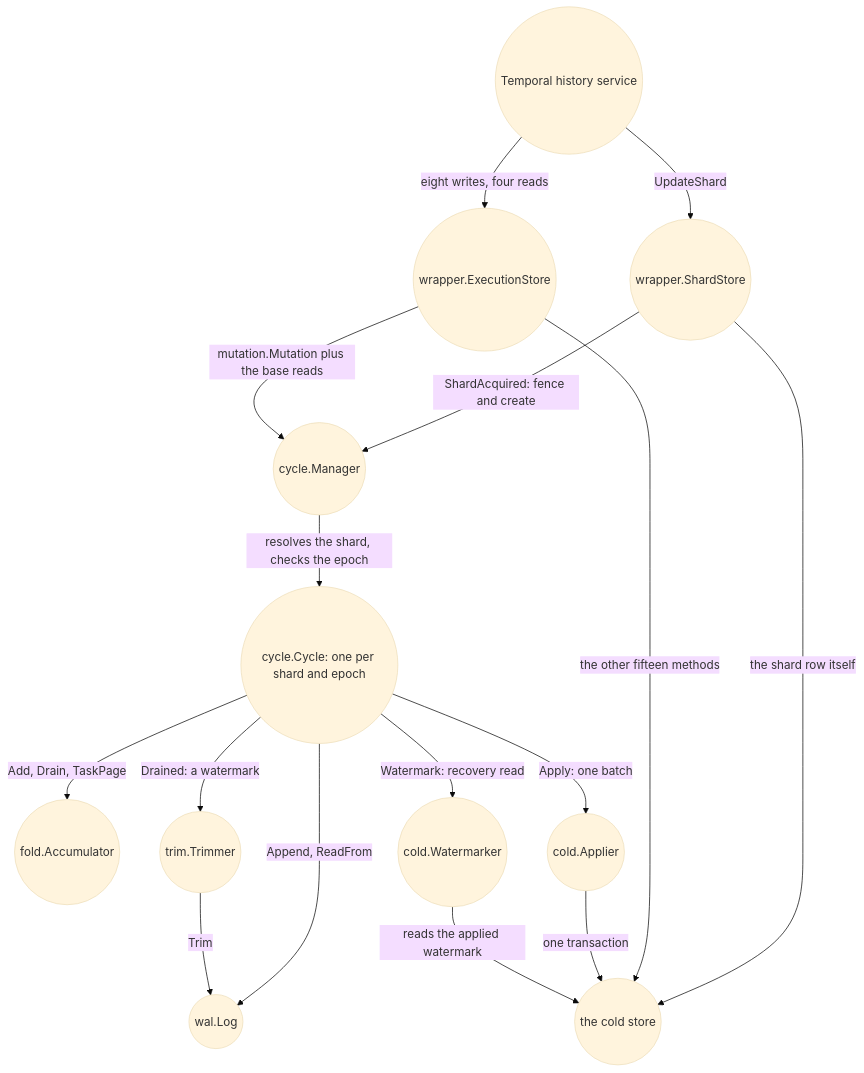
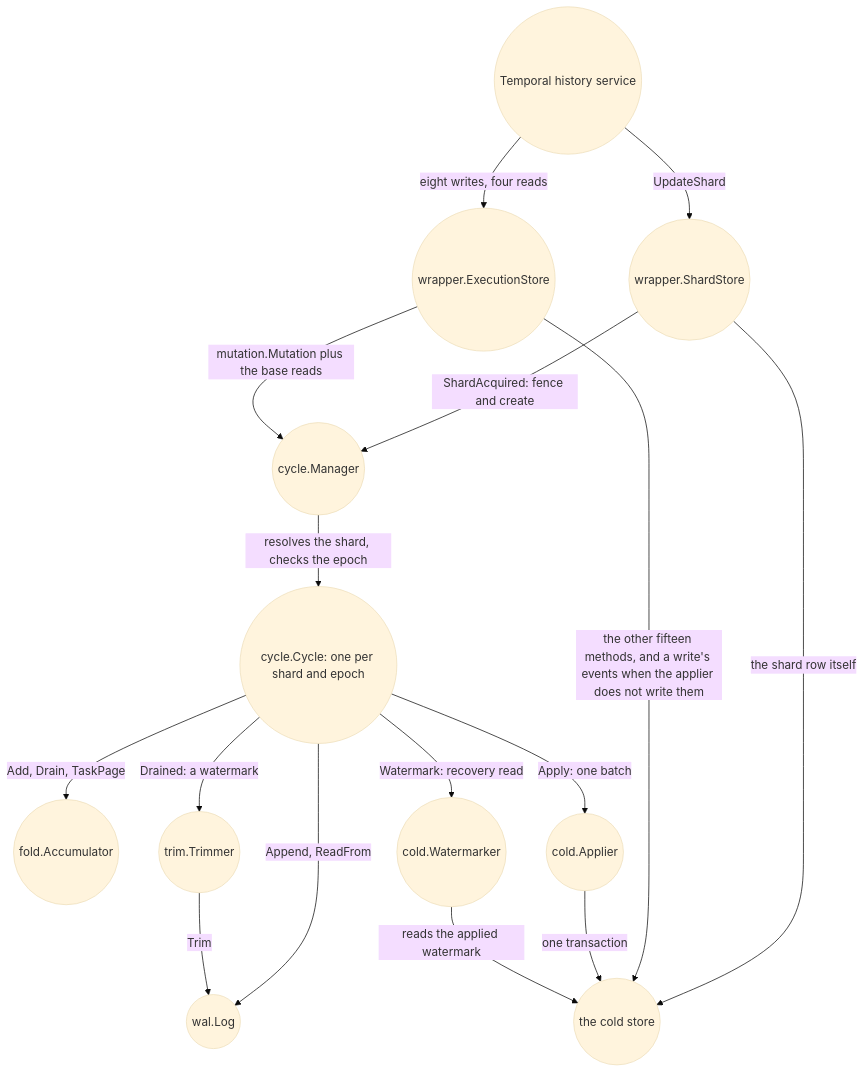
One commit to aromanovich/waltz changed the first of 4 diagrams in docs/handbook/03-components.md. Above: the diagram before and after it, drawn with Mermaid (base theme). The commit also changed other lines of this file and 28 other files, not shown here.

````diff
--- a/docs/handbook/03-components.md
+++ b/docs/handbook/03-components.md
@@ -106,30 +106,30 @@
 ```mermaid
 graph TD
   HS(("Temporal history service"))
   ES(("wrapper.ExecutionStore"))
   SS(("wrapper.ShardStore"))
   MGR(("cycle.Manager"))
   CY(("cycle.Cycle: one per shard and epoch"))
   ACC(("fold.Accumulator"))
   TR(("trim.Trimmer"))
   AP(("cold.Applier"))
   WM(("cold.Watermarker"))
   LOG(("wal.Log"))
   CS(("the cold store"))
 
   HS -->|"eight writes, four reads"| ES
   HS -->|"UpdateShard"| SS
   SS -->|"ShardAcquired: fence and create"| MGR
   SS -->|"the shard row itself"| CS
   ES -->|"mutation.Mutation plus the base reads"| MGR
-  ES -->|"the other fifteen methods"| CS
+  ES -->|"the other fifteen methods, and a write's events when the applier does not write them"| CS
   MGR -->|"resolves the shard, checks the epoch"| CY
   CY -->|"Append, ReadFrom"| LOG
   CY -->|"Add, Drain, TaskPage"| ACC
   CY -->|"Apply: one batch"| AP
   CY -->|"Drained: a watermark"| TR
   CY -->|"Watermark: recovery read"| WM
   TR -->|"Trim"| LOG
   AP -->|"one transaction"| CS
   WM -->|"reads the applied watermark"| CS
 ```
````
